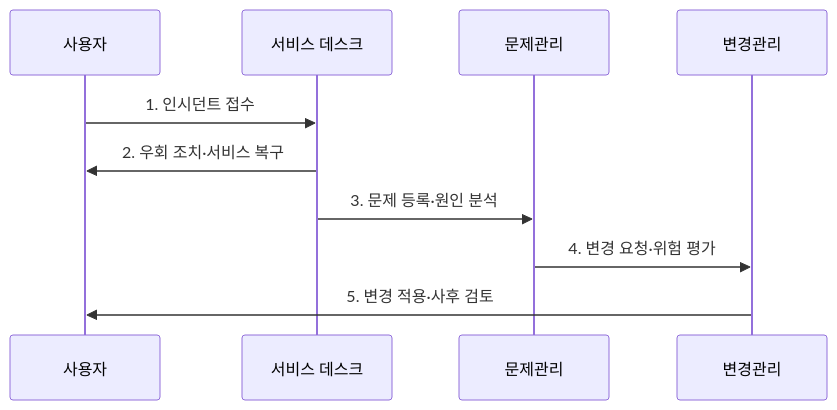
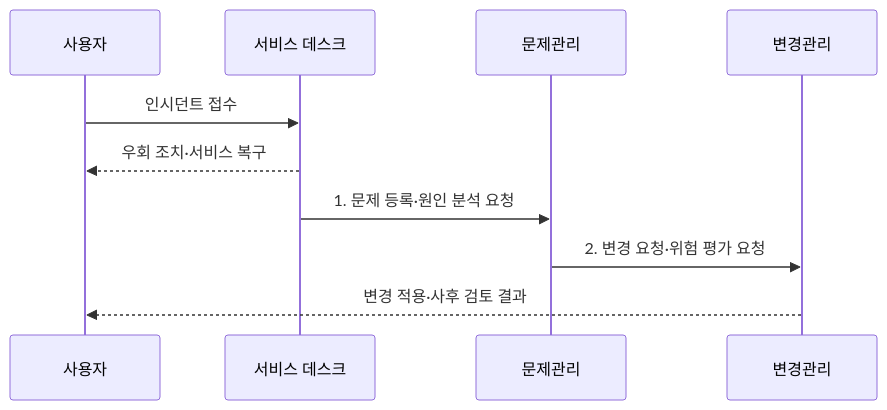
Before and after one commit to agnusdei1207/knowledge-base: the second of 2 diagrams in src/content/docs/notes/07-law-policy/007_itsm_incident_change_problem.md, drawn with Mermaid. The commit also changed other lines of this file and 20 other files, not shown here.

````diff
--- a/src/content/docs/notes/07-law-policy/007_itsm_incident_change_problem.md
+++ b/src/content/docs/notes/07-law-policy/007_itsm_incident_change_problem.md
@@ -81,12 +81,12 @@
 ```mermaid
 sequenceDiagram
     participant U as 사용자
     participant D as 서비스 데스크
     participant P as 문제관리
     participant C as 변경관리
-    U->>D: 1. 인시던트 접수
-    D->>U: 2. 우회 조치·서비스 복구
-    D->>P: 3. 문제 등록·원인 분석
-    P->>C: 4. 변경 요청·위험 평가
-    C->>U: 5. 변경 적용·사후 검토
+    U->>D: 인시던트 접수
+    D-->>U: 우회 조치·서비스 복구
+    D->>P: 1. 문제 등록·원인 분석 요청
+    P->>C: 2. 변경 요청·위험 평가 요청
+    C-->>U: 변경 적용·사후 검토 결과
 ```
````
